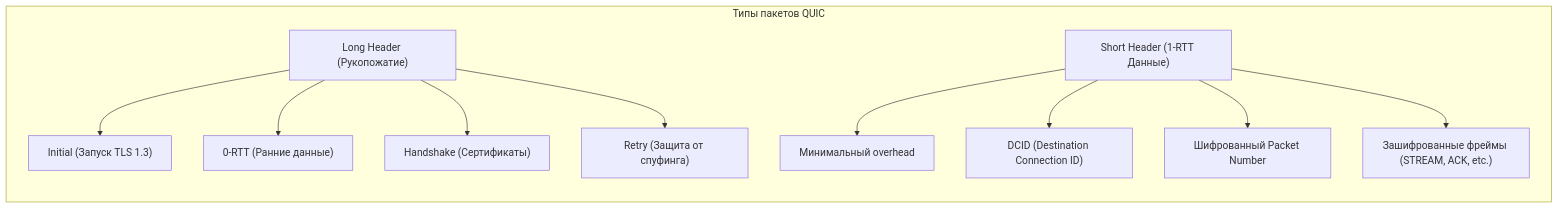
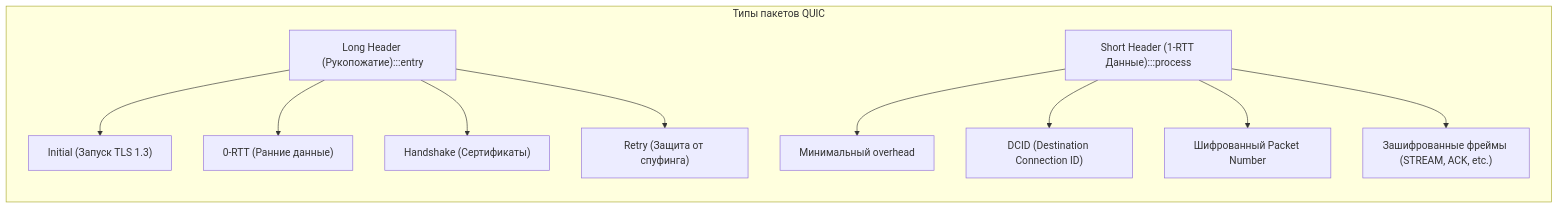
Before and after one commit to UnrealTemplier/go-textbook: the second of 4 diagrams in sources/3. Компьютерные сети и сетевой стек/24. Deep Dive в QUIC. Пакеты, Stream, Loss Recovery.md, drawn with Mermaid. The commit also changed other lines of this file and 1666 other files, not shown here.

First line of the commit message:
feat(mermaid): add semantic color classDef to 1369 colorless flowchart/graph diagrams

````diff
--- a/sources/3. Компьютерные сети и сетевой стек/24. Deep Dive в QUIC. Пакеты, Stream, Loss Recovery.md
+++ b/sources/3. Компьютерные сети и сетевой стек/24. Deep Dive в QUIC. Пакеты, Stream, Loss Recovery.md
@@ -73,14 +83,24 @@
 ```mermaid
 flowchart LR
+    classDef process  fill:#1e293b,stroke:#38bdf8,stroke-width:1px,color:#f8fafc
+    classDef success  fill:#064e3b,stroke:#34d399,stroke-width:1px,color:#f8fafc
+    classDef error    fill:#7f1d1d,stroke:#f87171,stroke-width:1px,color:#f8fafc
+    classDef warning  fill:#78350f,stroke:#fbbf24,stroke-width:1px,color:#f8fafc
+    classDef entry    fill:#1e3a5f,stroke:#38bdf8,stroke-width:2px,color:#f8fafc
+    classDef aux      fill:#334155,stroke:#64748b,stroke-width:1px,color:#f8fafc
+    classDef system   fill:#312e81,stroke:#a78bfa,stroke-width:1px,color:#f8fafc
+    classDef data     fill:#132d29,stroke:#2dd4bf,stroke-width:1px,color:#f8fafc
+    classDef network  fill:#881337,stroke:#fb7185,stroke-width:1px,color:#f8fafc
+    classDef accent   fill:#1e1b4b,stroke:#818cf8,stroke-width:1px,color:#f8fafc
     subgraph PacketTypes ["Типы пакетов QUIC"]
-        LHeader["Long Header (Рукопожатие)"] --> LH1["Initial (Запуск TLS 1.3)"]
+        LHeader["Long Header (Рукопожатие):::entry"] --> LH1["Initial (Запуск TLS 1.3)"]
         LHeader --> LH2["0-RTT (Ранние данные)"]
         LHeader --> LH3["Handshake (Сертификаты)"]
         LHeader --> LH4["Retry (Защита от спуфинга)"]
         
-        SHeader["Short Header (1-RTT Данные)"] --> SH1["Минимальный overhead"]
+        SHeader["Short Header (1-RTT Данные):::process"] --> SH1["Минимальный overhead"]
         SHeader --> SH2["DCID (Destination Connection ID)"]
         SHeader --> SH3["Шифрованный Packet Number"]
         SHeader --> SH4["Зашифрованные фреймы (STREAM, ACK, etc.)"]
     end
 ```
````
